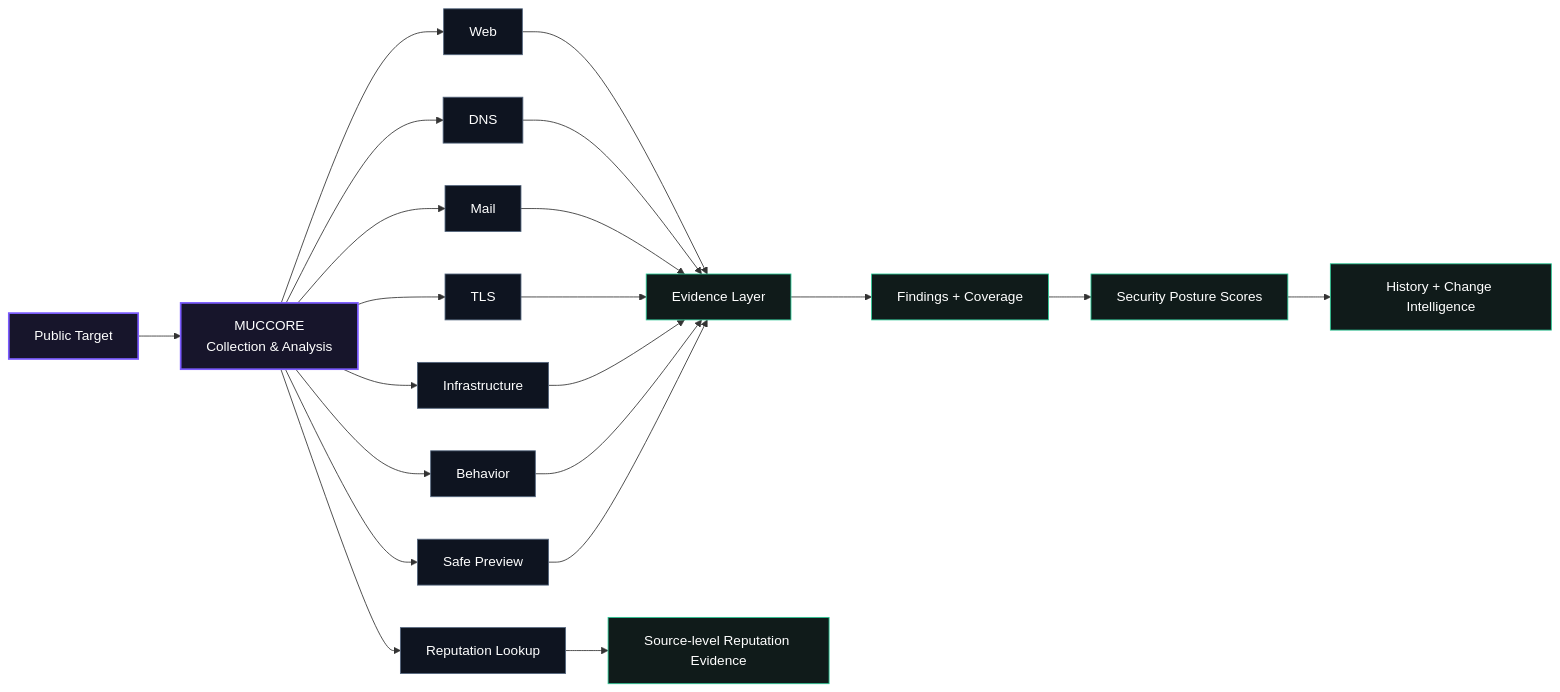
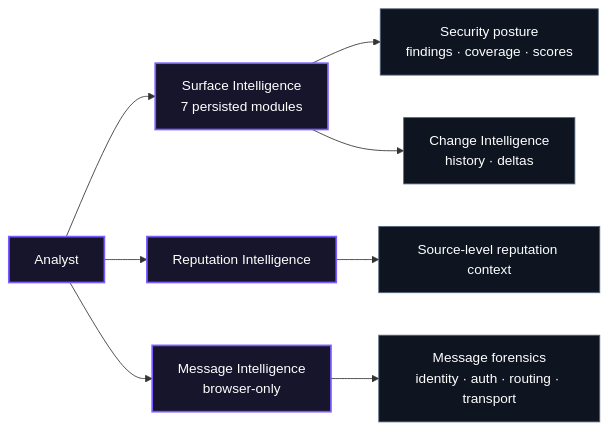
The first of 2 diagrams in README.md (mchdIron/muccore-internet-passport), drawn with Mermaid before and after one commit. The commit also changed other lines of this file, not shown here.

Commit message:
Refresh product documentation for current MUCCORE architecture

````diff
--- a/README.md
+++ b/README.md
@@ -48,32 +85,16 @@
 ```mermaid
 flowchart LR
-    T["Public Target"] --> C["MUCCORE<br/>Collection & Analysis"]
-    C --> W["Web"]
-    C --> D["DNS"]
-    C --> M["Mail"]
-    C --> L["TLS"]
-    C --> I["Infrastructure"]
-    C --> B["Behavior"]
-    C --> P["Safe Preview"]
-    C --> R["Reputation Lookup"]
+    A["Analyst"] --> S["Surface Intelligence<br/>7 persisted modules"]
+    A --> R["Reputation Intelligence"]
+    A --> M["Message Intelligence<br/>browser-only"]
 
-    W --> E["Evidence Layer"]
-    D --> E
-    M --> E
-    L --> E
-    I --> E
-    B --> E
-    P --> E
+    S --> P["Security posture<br/>findings · coverage · scores"]
+    S --> C["Change Intelligence<br/>history · deltas"]
+    R --> RI["Source-level reputation context"]
+    M --> MF["Message forensics<br/>identity · auth · routing · transport"]
 
-    E --> F["Findings + Coverage"]
-    F --> S["Security Posture Scores"]
-    S --> H["History + Change Intelligence"]
-    R --> RI["Source-level Reputation Evidence"]
-
-    classDef core fill:#17152b,stroke:#7c5cff,color:#fff,stroke-width:2px;
-    classDef module fill:#0e1420,stroke:#53657d,color:#fff;
-    classDef evidence fill:#101b1a,stroke:#29c995,color:#fff;
-    class T,C core;
-    class W,D,M,L,I,B,P,R module;
-    class E,F,S,H,RI evidence;
+    classDef primary fill:#17152b,stroke:#7c5cff,color:#fff,stroke-width:2px;
+    classDef secondary fill:#0e1420,stroke:#53657d,color:#fff;
+    class A,S,R,M primary;
+    class P,C,RI,MF secondary;
 ```
````
